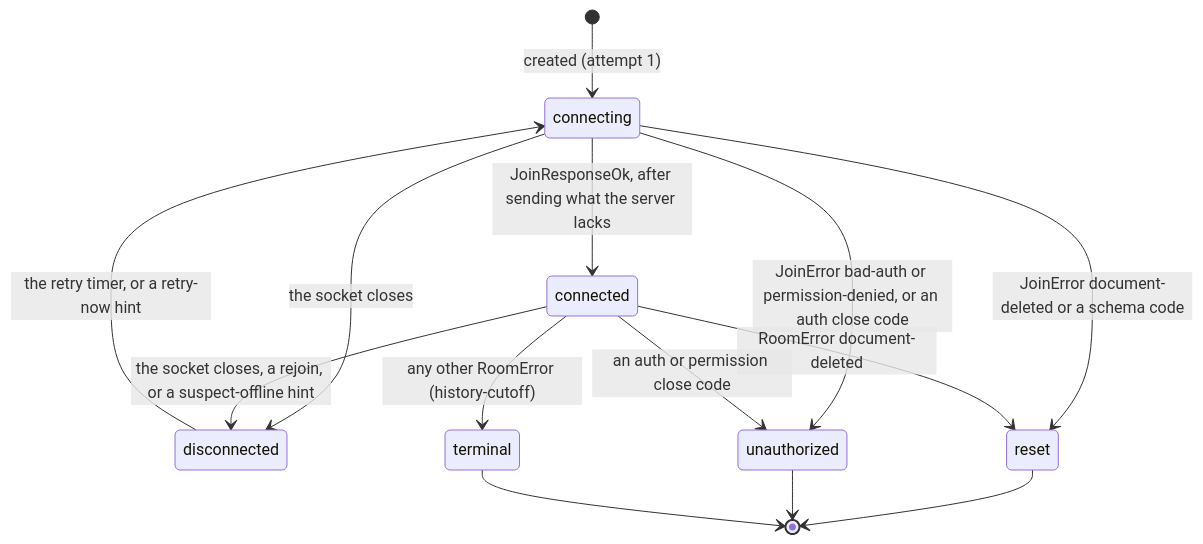
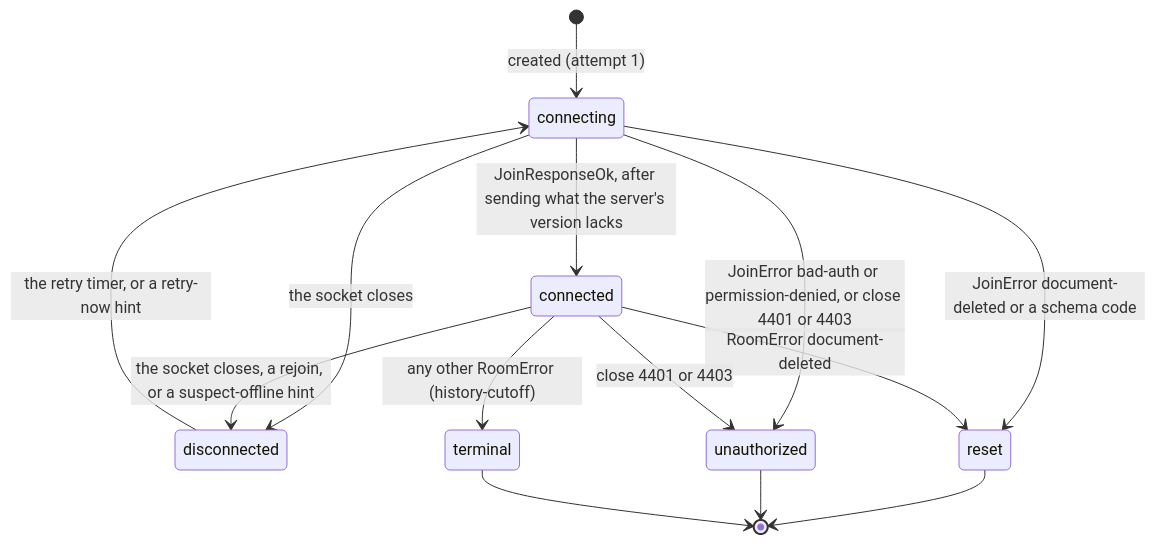
One commit to haowjy/meridian-flow changed the diagram in apps/app/src/core/transport/.context/state-machines.md. Above: the diagram before and after it, drawn with Mermaid. The commit also changed other lines of this file and 40 other files, not shown here.

````diff
--- a/apps/app/src/core/transport/.context/state-machines.md
+++ b/apps/app/src/core/transport/.context/state-machines.md
@@ -11,16 +12,16 @@
 ```mermaid
 stateDiagram-v2
   [*] --> connecting: created (attempt 1)
-  connecting --> connected: JoinResponseOk, after sending what the server lacks
+  connecting --> connected: JoinResponseOk, after sending what the server's version lacks
   connecting --> disconnected: the socket closes
   connected --> disconnected: the socket closes, a rejoin, or a suspect-offline hint
   disconnected --> connecting: the retry timer, or a retry-now hint
   connecting --> reset: JoinError document-deleted or a schema code
   connected --> reset: RoomError document-deleted
-  connecting --> unauthorized: JoinError bad-auth or permission-denied, or an auth close code
-  connected --> unauthorized: an auth or permission close code
+  connecting --> unauthorized: JoinError bad-auth or permission-denied, or close 4401 or 4403
+  connected --> unauthorized: close 4401 or 4403
   connected --> terminal: any other RoomError (history-cutoff)
   reset --> [*]
   unauthorized --> [*]
   terminal --> [*]
 ```
````
